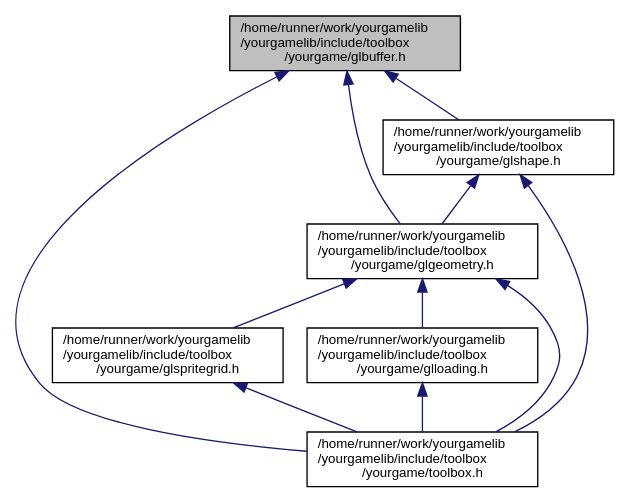
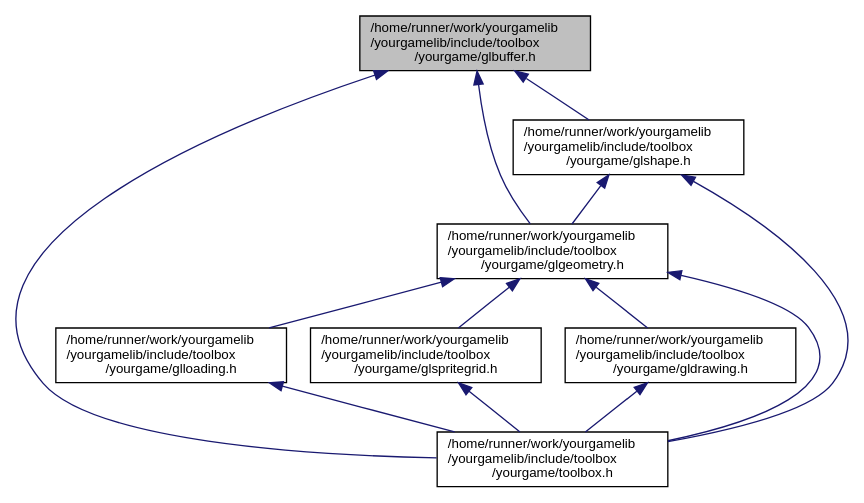
One commit to duddel/yourgamelib changed the diagram in glbuffer_8h__dep__incl.dot. Above: the diagram before and after it, drawn with Graphviz. The commit also changed 50 other files, not shown here.

```diff
--- a/glbuffer_8h__dep__incl.dot
+++ b/glbuffer_8h__dep__incl.dot
@@ -1,21 +1,24 @@
 digraph "/home/runner/work/yourgamelib/yourgamelib/include/toolbox/yourgame/glbuffer.h"
 {
   edge [fontname="Helvetica",fontsize="10",labelfontname="Helvetica",labelfontsize="10"];
   node [fontname="Helvetica",fontsize="10",shape=record];
   Node2 [label="/home/runner/work/yourgamelib\l/yourgamelib/include/toolbox\l/yourgame/glbuffer.h",height=0.2,width=0.4,color="black", fillcolor="grey75", style="filled", fontcolor="black"];
   Node2 -> Node3 [dir="back",color="midnightblue",fontsize="10",style="solid",fontname="Helvetica"];
   Node3 [label="/home/runner/work/yourgamelib\l/yourgamelib/include/toolbox\l/yourgame/glgeometry.h",height=0.2,width=0.4,color="black", fillcolor="white", style="filled",URL="$glgeometry_8h.html"];
   Node3 -> Node4 [dir="back",color="midnightblue",fontsize="10",style="solid",fontname="Helvetica"];
-  Node4 [label="/home/runner/work/yourgamelib\l/yourgamelib/include/toolbox\l/yourgame/glloading.h",height=0.2,width=0.4,color="black", fillcolor="white", style="filled",URL="$glloading_8h.html"];
+  Node4 [label="/home/runner/work/yourgamelib\l/yourgamelib/include/toolbox\l/yourgame/gldrawing.h",height=0.2,width=0.4,color="black", fillcolor="white", style="filled",URL="$gldrawing_8h.html"];
   Node4 -> Node5 [dir="back",color="midnightblue",fontsize="10",style="solid",fontname="Helvetica"];
   Node5 [label="/home/runner/work/yourgamelib\l/yourgamelib/include/toolbox\l/yourgame/toolbox.h",height=0.2,width=0.4,color="black", fillcolor="white", style="filled",URL="$toolbox_8h.html"];
   Node3 -> Node6 [dir="back",color="midnightblue",fontsize="10",style="solid",fontname="Helvetica"];
-  Node6 [label="/home/runner/work/yourgamelib\l/yourgamelib/include/toolbox\l/yourgame/glspritegrid.h",height=0.2,width=0.4,color="black", fillcolor="white", style="filled",URL="$glspritegrid_8h.html"];
+  Node6 [label="/home/runner/work/yourgamelib\l/yourgamelib/include/toolbox\l/yourgame/glloading.h",height=0.2,width=0.4,color="black", fillcolor="white", style="filled",URL="$glloading_8h.html"];
   Node6 -> Node5 [dir="back",color="midnightblue",fontsize="10",style="solid",fontname="Helvetica"];
+  Node3 -> Node7 [dir="back",color="midnightblue",fontsize="10",style="solid",fontname="Helvetica"];
+  Node7 [label="/home/runner/work/yourgamelib\l/yourgamelib/include/toolbox\l/yourgame/glspritegrid.h",height=0.2,width=0.4,color="black", fillcolor="white", style="filled",URL="$glspritegrid_8h.html"];
+  Node7 -> Node5 [dir="back",color="midnightblue",fontsize="10",style="solid",fontname="Helvetica"];
   Node3 -> Node5 [dir="back",color="midnightblue",fontsize="10",style="solid",fontname="Helvetica"];
-  Node2 -> Node7 [dir="back",color="midnightblue",fontsize="10",style="solid",fontname="Helvetica"];
-  Node7 [label="/home/runner/work/yourgamelib\l/yourgamelib/include/toolbox\l/yourgame/glshape.h",height=0.2,width=0.4,color="black", fillcolor="white", style="filled",URL="$glshape_8h.html"];
-  Node7 -> Node3 [dir="back",color="midnightblue",fontsize="10",style="solid",fontname="Helvetica"];
-  Node7 -> Node5 [dir="back",color="midnightblue",fontsize="10",style="solid",fontname="Helvetica"];
+  Node2 -> Node8 [dir="back",color="midnightblue",fontsize="10",style="solid",fontname="Helvetica"];
+  Node8 [label="/home/runner/work/yourgamelib\l/yourgamelib/include/toolbox\l/yourgame/glshape.h",height=0.2,width=0.4,color="black", fillcolor="white", style="filled",URL="$glshape_8h.html"];
+  Node8 -> Node3 [dir="back",color="midnightblue",fontsize="10",style="solid",fontname="Helvetica"];
+  Node8 -> Node5 [dir="back",color="midnightblue",fontsize="10",style="solid",fontname="Helvetica"];
   Node2 -> Node5 [dir="back",color="midnightblue",fontsize="10",style="solid",fontname="Helvetica"];
 }
```
